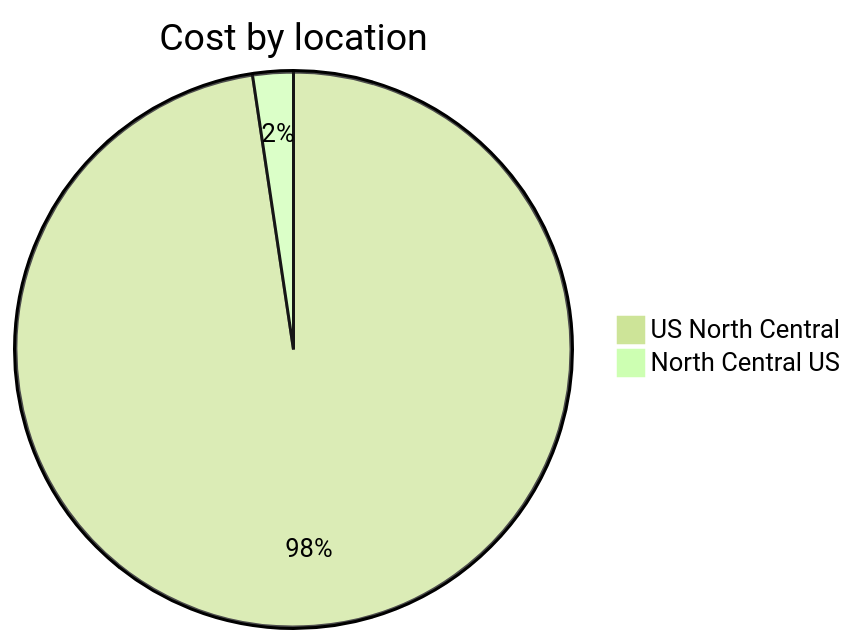
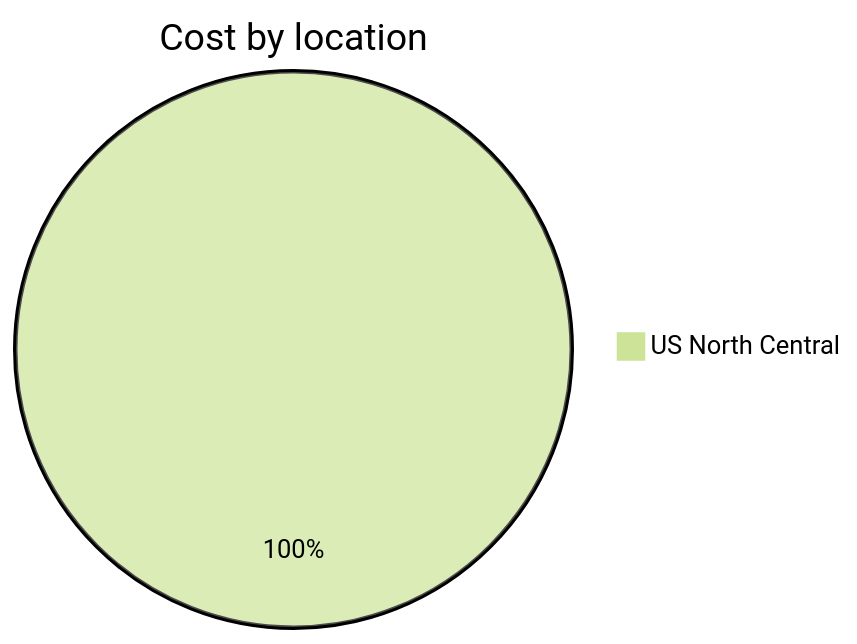
Before and after one commit to jpfulton/azure-personal-reports: the third of 4 diagrams in cost-reports/personal-network/backup-server-data-disk.md, drawn with Mermaid (forest theme). The commit also changed other lines of this file and 8 other files, not shown here.

````diff
--- a/cost-reports/personal-network/backup-server-data-disk.md
+++ b/cost-reports/personal-network/backup-server-data-disk.md
@@ -106,6 +105,5 @@
 ```mermaid
 pie
    title Cost by location
-   "US North Central" : 1.24
-   "North Central US" : 0.03
+   "US North Central" : 1.74
 ```
````
